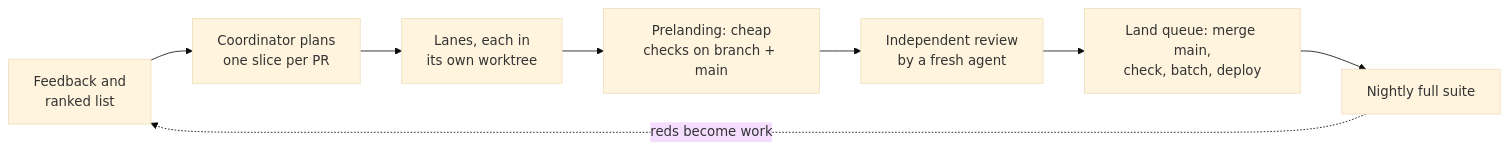
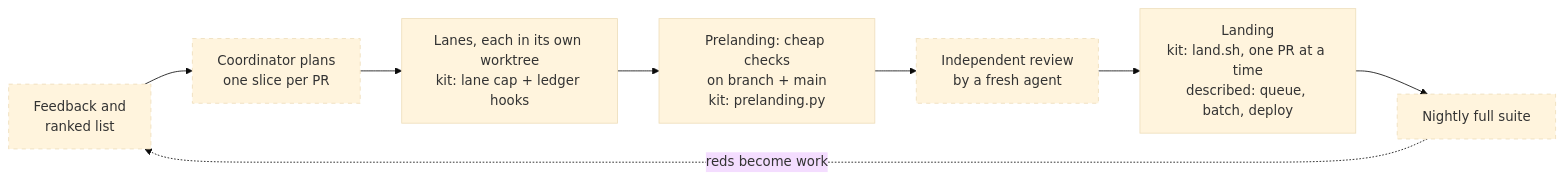
One commit to max-friedman/agentic-coding-loop changed the diagram in README.md. Above: the diagram before and after it, drawn with Mermaid (base theme). The commit also changed other lines of this file and 47 other files, not shown here.

````diff
--- a/README.md
+++ b/README.md
@@ -53,10 +53,12 @@
 ```mermaid
 flowchart LR
     F[Feedback and<br/>ranked list] --> P[Coordinator plans<br/>one slice per PR]
-    P --> L[Lanes, each in<br/>its own worktree]
-    L --> PL[Prelanding: cheap<br/>checks on branch + main]
+    P --> L[Lanes, each in its own worktree<br/>kit: lane cap + ledger hooks]
+    L --> PL[Prelanding: cheap checks<br/>on branch + main<br/>kit: prelanding.py]
     PL --> R[Independent review<br/>by a fresh agent]
-    R --> Q[Land queue: merge main,<br/>check, batch, deploy]
+    R --> Q[Landing<br/>kit: land.sh, one PR at a time<br/>described: queue, batch, deploy]
     Q --> N[Nightly full suite]
     N -. reds become work .-> F
+    classDef described stroke-dasharray: 5 5
+    class F,P,R,N described
 ```
````
